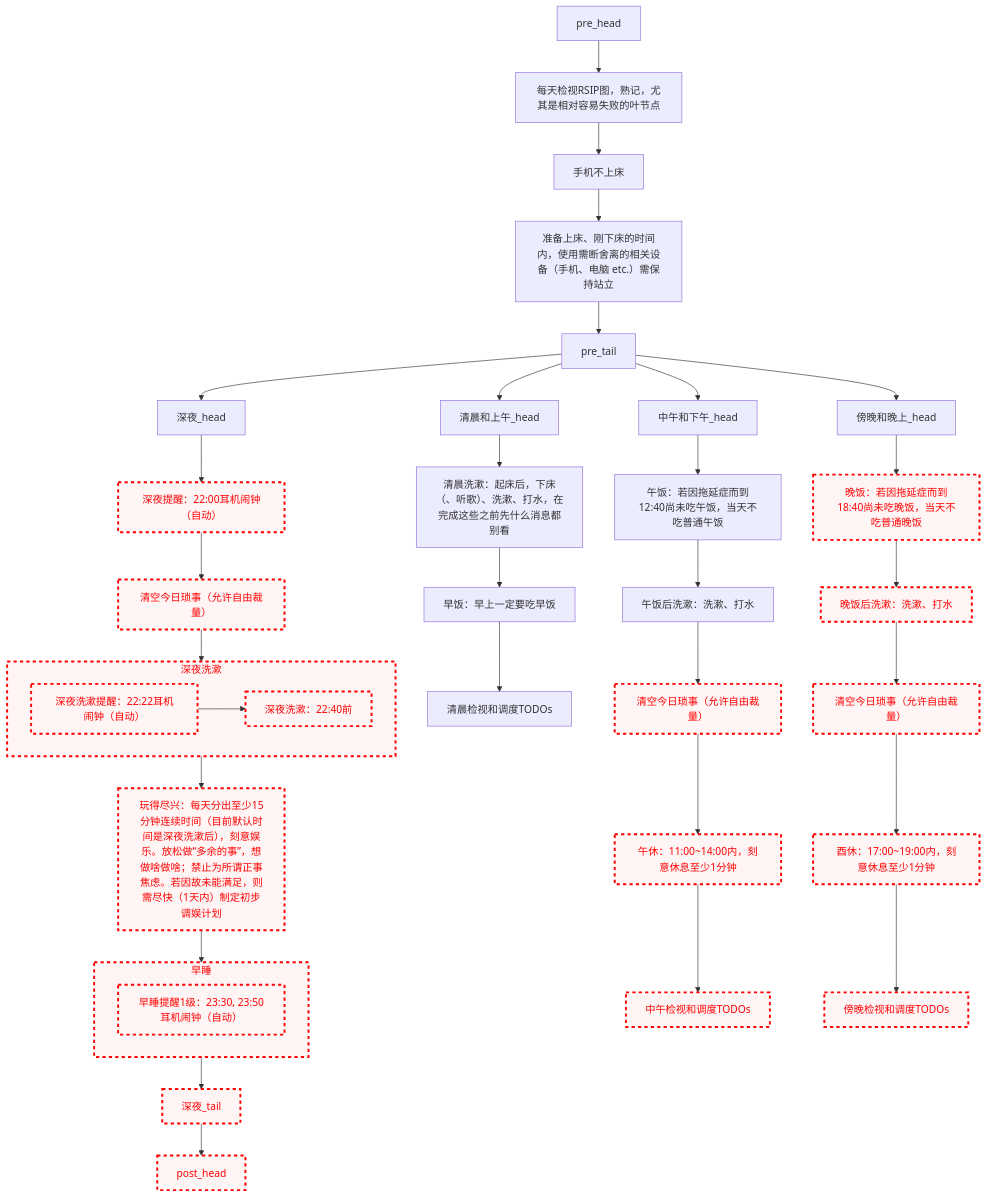
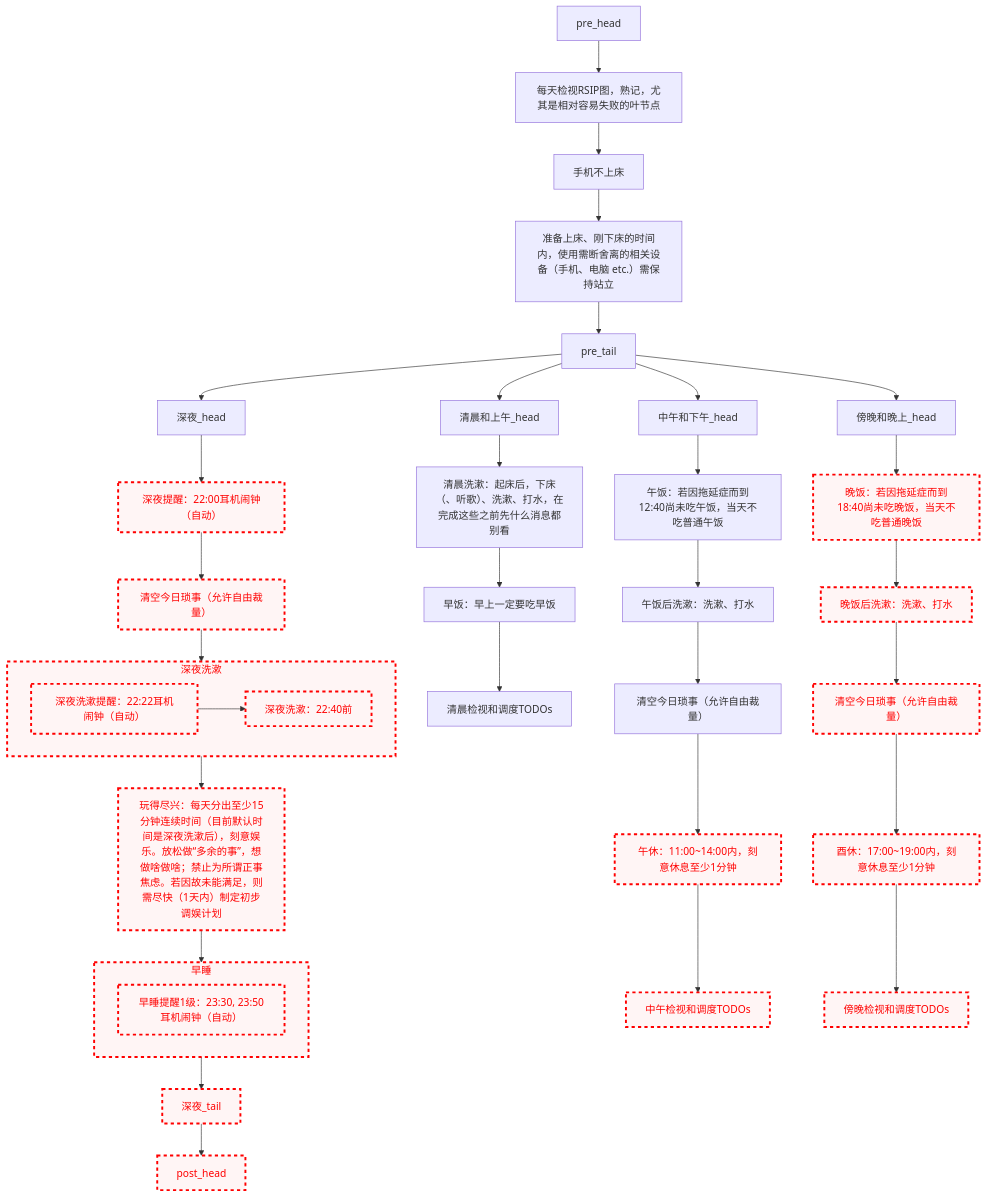
One commit to Ethkuil/RSIP-tree changed the diagram in README.md. Above: the diagram before and after it, drawn with Mermaid.

Commit message:
enable 中午今日琐事

````diff
--- a/README.md
+++ b/README.md
@@ -21,69 +21,69 @@
 ```mermaid
 graph TD
 
 classDef failed stroke:#ff0000, stroke-width:3px, color:#ff0000, fill:#fff5f5, stroke-dasharray: 5
 
 pre_head --> RSIP[每天检视RSIP图，熟记，尤其是相对容易失败的叶节点]
 RSIP --> 手机不上床
 手机不上床 --> 站立使用[准备上床、刚下床的时间内，使用需断舍离的相关设备（手机、电脑 etc.）需保持站立]
 站立使用 --> pre_tail
 
 
 pre_tail --> 清晨和上午_head
 清晨和上午_head --> 清晨洗漱
 清晨洗漱[清晨洗漱：起床后，下床（、听歌）、洗漱、打水，在完成这些之前先什么消息都别看]
 清晨洗漱 --> 早饭[早饭：早上一定要吃早饭]
 早饭 --> 清晨看TODO[清晨检视和调度TODOs]
 
 
 pre_tail --> 中午和下午_head
 中午和下午_head --> 午饭[午饭：若因拖延症而到12:40尚未吃午饭，当天不吃普通午饭]
 午饭 --> 午饭后洗漱[午饭后洗漱：洗漱、打水]
 午饭后洗漱 --> 中午今日琐事[清空今日琐事（允许自由裁量）]
-class 中午今日琐事 failed
 中午今日琐事 --> 午休[午休：11:00~14:00内，刻意休息至少1分钟]
 class 午休 failed
 午休 --> 中午看TODO[中午检视和调度TODOs]
 class 中午看TODO failed
 
 
 pre_tail --> 傍晚和晚上_head
 傍晚和晚上_head --> 晚饭[晚饭：若因拖延症而到18:40尚未吃晚饭，当天不吃普通晚饭]
 class 晚饭 failed
 晚饭 --> 晚饭后洗漱[晚饭后洗漱：洗漱、打水]
 class 晚饭后洗漱 failed
 晚饭后洗漱 --> 傍晚今日琐事[清空今日琐事（允许自由裁量）]
 class 傍晚今日琐事 failed
 傍晚今日琐事 --> 酉休[酉休：17:00~19:00内，刻意休息至少1分钟]
 class 酉休 failed
 酉休 --> 傍晚看TODO[傍晚检视和调度TODOs]
 class 傍晚看TODO failed
+
 
 pre_tail --> 深夜_head
 深夜_head --> 深夜提醒[深夜提醒：22:00耳机闹钟（自动）]
 class 深夜提醒 failed
 深夜提醒 --> 深夜今日琐事[清空今日琐事（允许自由裁量）]
 class 深夜今日琐事 failed
 深夜今日琐事 --> 深夜洗漱
 subgraph 深夜洗漱
   深夜洗漱提醒[深夜洗漱提醒：22:22耳机闹钟（自动）]
   class 深夜洗漱提醒 failed
   深夜洗漱提醒 --> 深夜洗漱执行[深夜洗漱：22:40前]
   class 深夜洗漱执行 failed
 end
 class 深夜洗漱 failed
 深夜洗漱 --> 玩得尽兴[玩得尽兴：每天分出至少15分钟连续时间（目前默认时间是深夜洗漱后），刻意娱乐。放松做“多余的事”，想做啥做啥；禁止为所谓正事焦虑。若因故未能满足，则需尽快（1天内）制定初步调娱计划]
 class 玩得尽兴 failed
 
 玩得尽兴 --> 早睡
 subgraph 早睡
   早睡提醒1级[早睡提醒1级：23:30, 23:50耳机闹钟（自动）]
   class 早睡提醒1级 failed
 end
 class 早睡 failed
 早睡 --> 深夜_tail
 class 深夜_tail failed
 
 深夜_tail --> post_head
 class post_head failed
 ```
````
